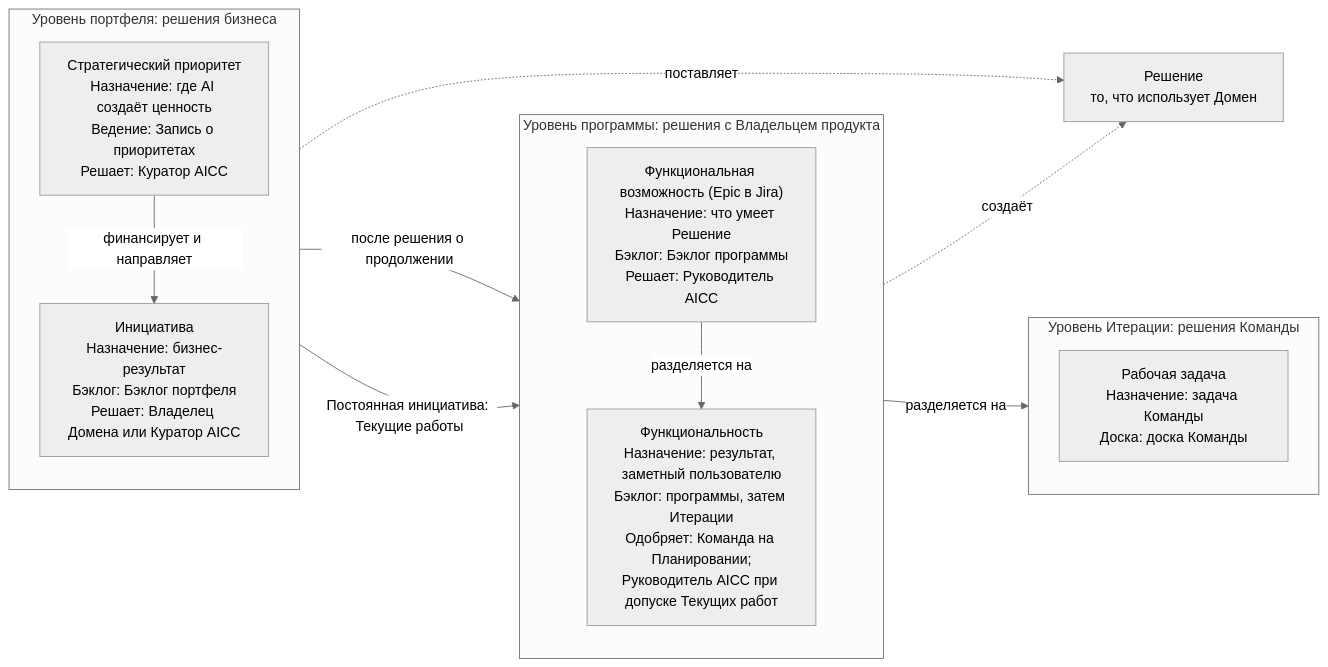
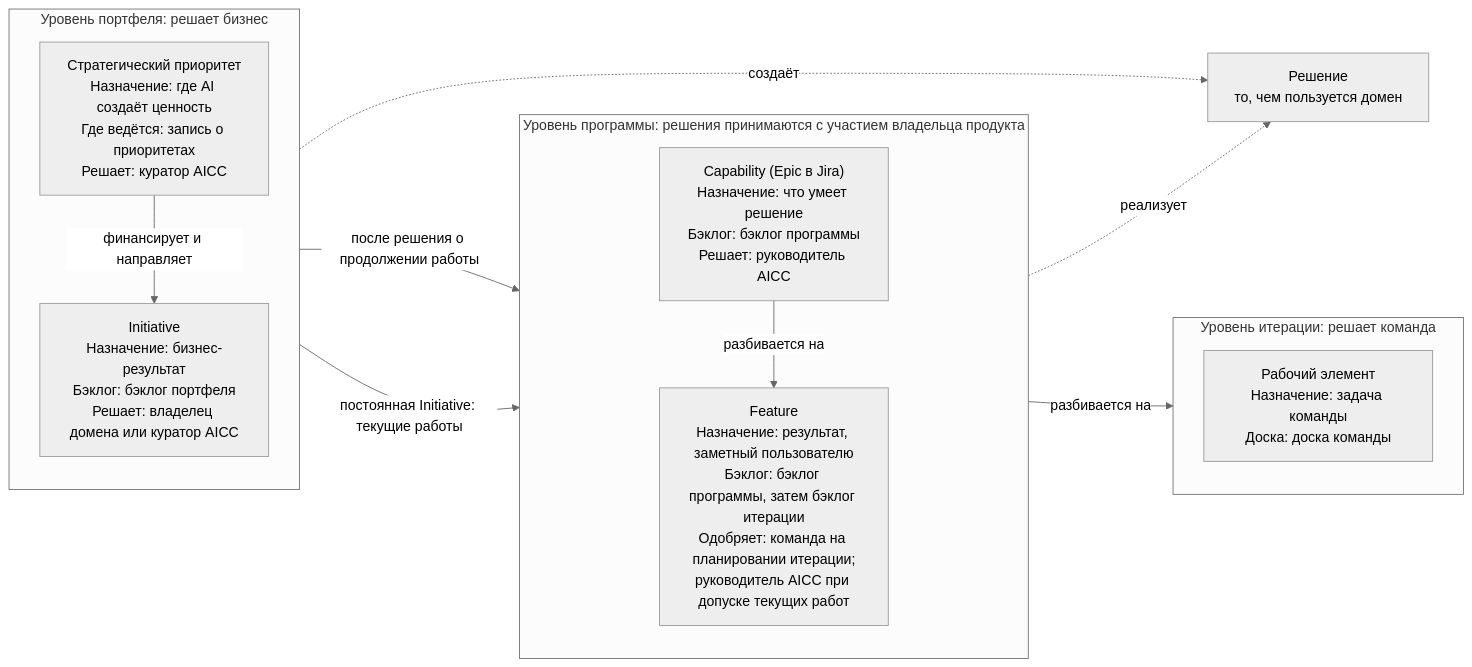
One commit to devhogu/ob-aicc changed the first of 13 diagrams in charter/ru/documents/solution-lifecycle-model.md. Above: the diagram before and after it, drawn with Mermaid (neutral theme). The commit also changed other lines of this file and 1 other file, not shown here.

````diff
--- a/charter/ru/documents/solution-lifecycle-model.md
+++ b/charter/ru/documents/solution-lifecycle-model.md
@@ -63,24 +63,24 @@
 ```mermaid
 flowchart LR
-  subgraph PORT["Уровень портфеля: решения бизнеса"]
+  subgraph PORT["Уровень портфеля: решает бизнес"]
     direction TB
-    SP["Стратегический приоритет<br/>Назначение: где AI создаёт ценность<br/>Ведение: Запись о приоритетах<br/>Решает: Куратор AICC"]
-    INI["Инициатива<br/>Назначение: бизнес-результат<br/>Бэклог: Бэклог портфеля<br/>Решает: Владелец Домена или Куратор AICC"]
+    SP["Стратегический приоритет<br/>Назначение: где AI создаёт ценность<br/>Где ведётся: запись о приоритетах<br/>Решает: куратор AICC"]
+    INI["Initiative<br/>Назначение: бизнес-результат<br/>Бэклог: бэклог портфеля<br/>Решает: владелец домена или куратор AICC"]
     SP -->|финансирует и направляет| INI
   end
-  subgraph PROG["Уровень программы: решения с Владельцем продукта"]
+  subgraph PROG["Уровень программы: решения принимаются с участием владельца продукта"]
     direction TB
-    CAP["Функциональная возможность (Epic в Jira)<br/>Назначение: что умеет Решение<br/>Бэклог: Бэклог программы<br/>Решает: Руководитель AICC"]
-    FT["Функциональность<br/>Назначение: результат, заметный пользователю<br/>Бэклог: программы, затем Итерации<br/>Одобряет: Команда на Планировании;<br/>Руководитель AICC при допуске Текущих работ"]
-    CAP -->|разделяется на| FT
+    CAP["Capability (Epic в Jira)<br/>Назначение: что умеет решение<br/>Бэклог: бэклог программы<br/>Решает: руководитель AICC"]
+    FT["Feature<br/>Назначение: результат, заметный пользователю<br/>Бэклог: бэклог программы, затем бэклог итерации<br/>Одобряет: команда на планировании итерации;<br/>руководитель AICC при допуске текущих работ"]
+    CAP -->|разбивается на| FT
   end
-  subgraph ITER["Уровень Итерации: решения Команды"]
+  subgraph ITER["Уровень итерации: решает команда"]
     direction TB
-    WI["Рабочая задача<br/>Назначение: задача Команды<br/>Доска: доска Команды"]
+    WI["Рабочий элемент<br/>Назначение: задача команды<br/>Доска: доска команды"]
   end
-  INI -->|после решения о продолжении| CAP
-  INI -->|Постоянная инициатива: Текущие работы| FT
-  FT -->|разделяется на| WI
-  INI -.->|поставляет| SOL["Решение<br/>то, что использует Домен"]
-  CAP -.->|создаёт| SOL
+  INI -->|после решения о продолжении работы| CAP
+  INI -->|постоянная Initiative: текущие работы| FT
+  FT -->|разбивается на| WI
+  INI -.->|создаёт| SOL["Решение<br/>то, чем пользуется домен"]
+  CAP -.->|реализует| SOL
 ```
````
